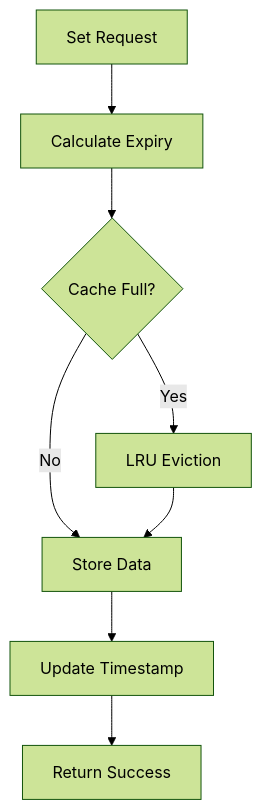
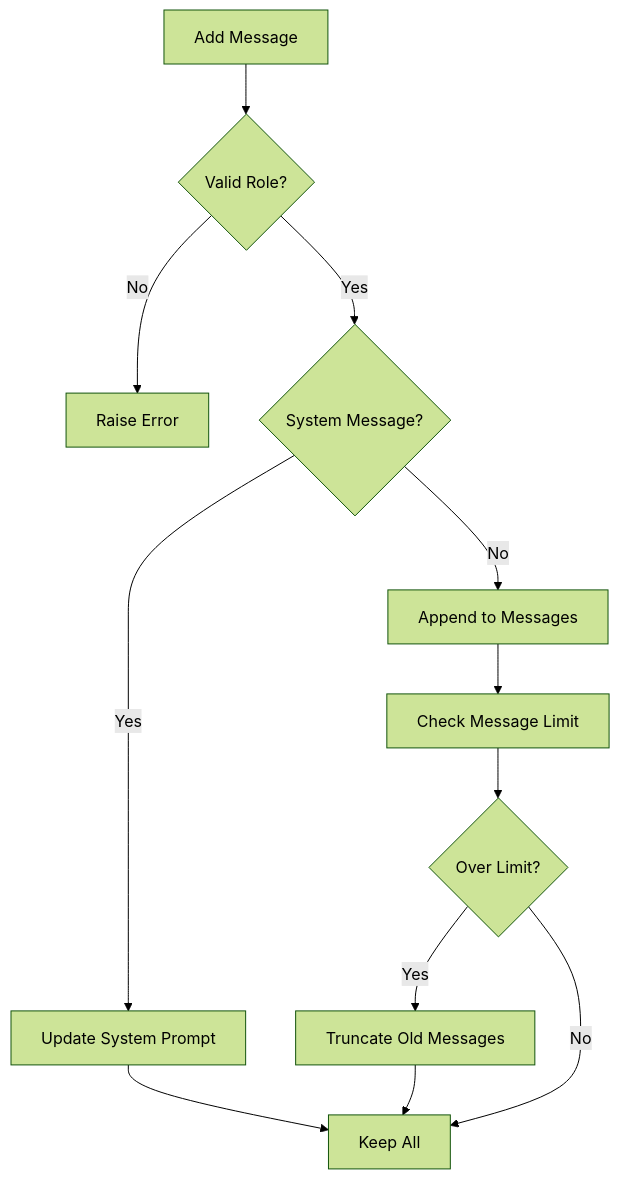
One commit to nakashima2toshio/anthropic_api_jp changed the sixth of 10 diagrams in doc/helper_api.md. Above: the diagram before and after it, drawn with Mermaid (forest theme). The commit also changed other lines of this file and 12 other files, not shown here.

````diff
--- a/doc/helper_api.md
+++ b/doc/helper_api.md
@@ -253,10 +276,14 @@
 ```mermaid
 graph TD
-    A["Set Request"] --> B["Calculate Expiry"]
-    B --> C{"Cache Full?"}
-    C -->|Yes| D["LRU Eviction"]
-    C -->|No| E["Store Data"]
-    D --> E
-    E --> F["Update Timestamp"]
-    F --> G["Return Success"]
+    A["Add Message"] --> B{Valid Role?}
+    B -->|No| C["Raise Error"]
+    B -->|Yes| D{System Message?}
+    D -->|Yes| E["Update System Prompt"]
+    D -->|No| F["Append to Messages"]
+    F --> G["Check Message Limit"]
+    G --> H{Over Limit?}
+    H -->|Yes| I["Truncate Old Messages"]
+    H -->|No| J["Keep All"]
+    E --> J
+    I --> J
 ```
````
